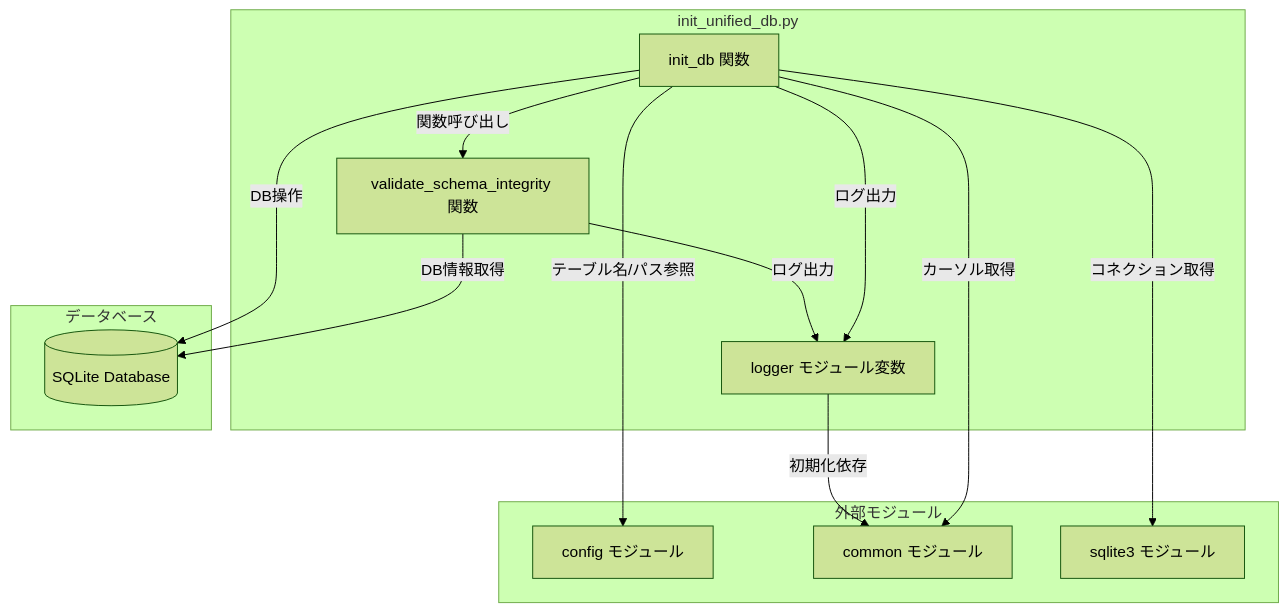
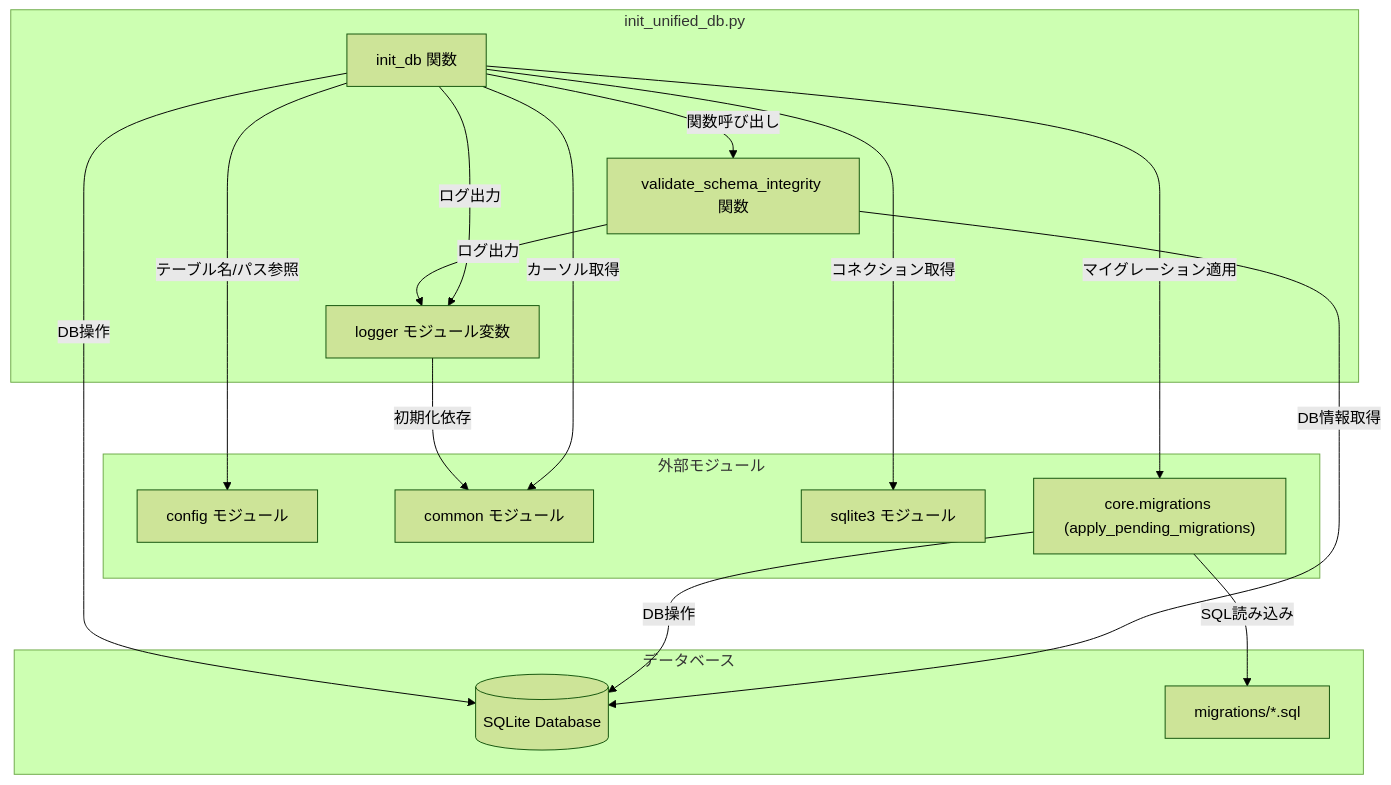
One commit to mmtigers/my_python_project changed the second of 2 diagrams in docs/specifications/MY_HOME_SYSTEM/init_unified_db.md. Above: the diagram before and after it, drawn with Mermaid (forest theme). The commit also changed other lines of this file and 8 other files, not shown here.

````diff
--- a/docs/specifications/MY_HOME_SYSTEM/init_unified_db.md
+++ b/docs/specifications/MY_HOME_SYSTEM/init_unified_db.md
@@ -131,29 +134,34 @@
 ```mermaid
 graph TD
     subgraph init_unified_db.py
         init_db[init_db 関数]
         validate_schema_integrity[validate_schema_integrity 関数]
         logger[logger モジュール変数]
     end
 
     subgraph 外部モジュール
         config[config モジュール]
         common[common モジュール]
         sqlite3[sqlite3 モジュール]
+        migrations["core.migrations (apply_pending_migrations)"]
     end
 
     subgraph データベース
         SQLiteDB[(SQLite Database)]
+        MigrationFiles["migrations/*.sql"]
     end
 
     logger -->|初期化依存| common
     init_db -->|テーブル名/パス参照| config
     init_db -->|カーソル取得| common
     init_db -->|コネクション取得| sqlite3
     init_db -->|DB操作| SQLiteDB
+    init_db -->|マイグレーション適用| migrations
+    migrations -->|SQL読み込み| MigrationFiles
+    migrations -->|DB操作| SQLiteDB
     init_db -->|関数呼び出し| validate_schema_integrity
     validate_schema_integrity -->|DB情報取得| SQLiteDB
     validate_schema_integrity -->|ログ出力| logger
     init_db -->|ログ出力| logger
 
 ```
````
